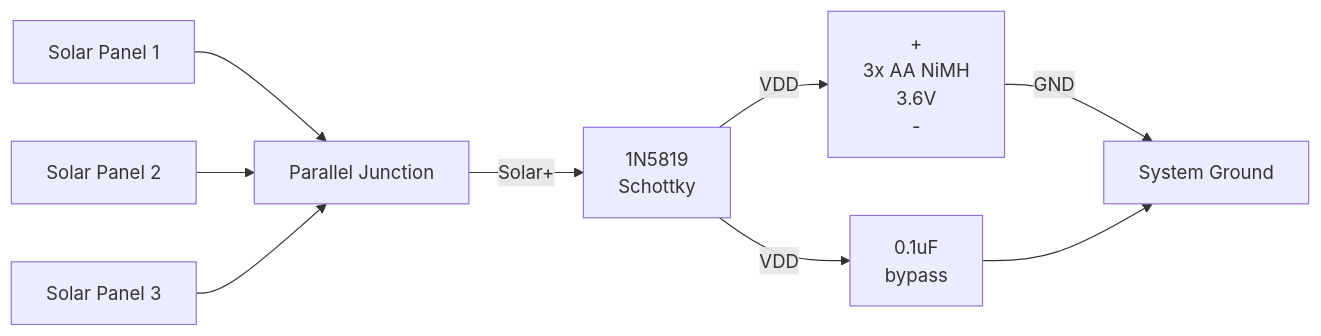
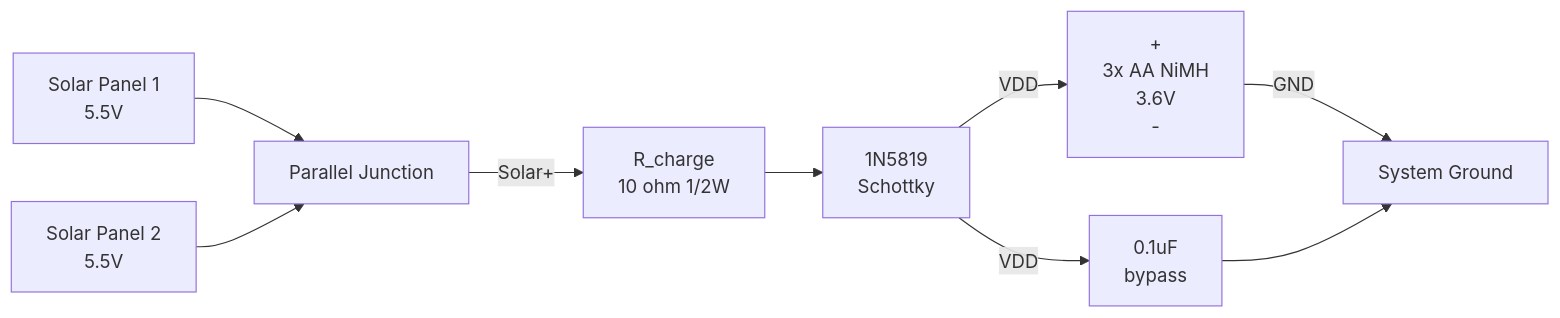
Before and after one commit to dirq/DiamondMineShimmerCircuit: the second of 6 diagrams in Corrected/schematic.md, drawn with Mermaid. The commit also changed other lines of this file and 22 other files, not shown here.

````diff
--- a/Corrected/schematic.md
+++ b/Corrected/schematic.md
@@ -44,11 +46,11 @@
 ```mermaid
 graph LR
-    S1["Solar Panel 1"] --> P["Parallel Junction"]
-    S2["Solar Panel 2"] --> P
-    S3["Solar Panel 3"] --> P
-    P -->|"Solar+"| D["1N5819<br/>Schottky"]
+    S1["Solar Panel 1<br/>5.5V"] --> P["Parallel Junction"]
+    S2["Solar Panel 2<br/>5.5V"] --> P
+    P -->|"Solar+"| RC["R_charge<br/>10 ohm 1/2W"]
+    RC --> D["1N5819<br/>Schottky"]
     D -->|"VDD"| B["+<br/>3x AA NiMH<br/>3.6V<br/>-"]
     B -->|"GND"| GND["System Ground"]
     D -->|"VDD"| C["0.1uF<br/>bypass"]
     C --> GND
 ```
````
